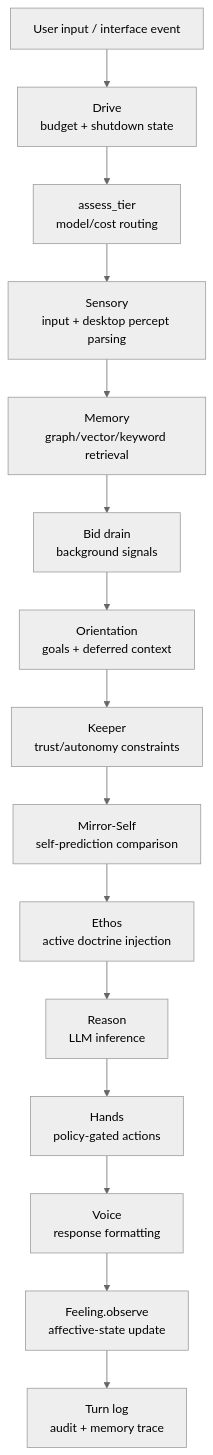
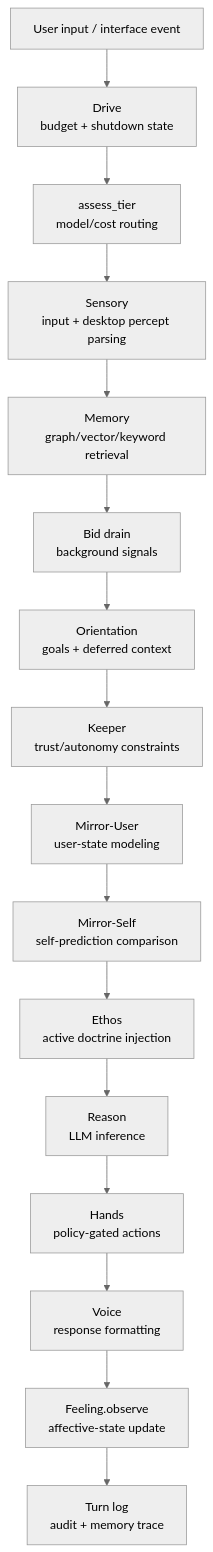
Before and after one commit to Gopher697/gopher-bot: the first of 2 diagrams in docs/whitepaper.md, drawn with Mermaid (neutral theme). The commit also changed other lines of this file and 1 other file, not shown here.

Commit message:
docs: add Mirror-User to whitepaper pipeline diagram; document BOT_NAME in README
- whitepaper.md: Mermaid diagram and pipeline description now include
  Mirror-User between Keeper and Mirror-Self
- README.md: configuration section now tells users to set BOT_NAME

````diff
--- a/docs/whitepaper.md
+++ b/docs/whitepaper.md
@@ -208,17 +208,18 @@
 ```mermaid
 flowchart TD
     A[User input / interface event] --> B[Drive<br/>budget + shutdown state]
     B --> C[assess_tier<br/>model/cost routing]
     C --> D[Sensory<br/>input + desktop percept parsing]
     D --> E[Memory<br/>graph/vector/keyword retrieval]
     E --> F[Bid drain<br/>background signals]
     F --> G[Orientation<br/>goals + deferred context]
     G --> H[Keeper<br/>trust/autonomy constraints]
-    H --> I[Mirror-Self<br/>self-prediction comparison]
-    I --> J[Ethos<br/>active doctrine injection]
+    H --> I[Mirror-User<br/>user-state modeling]
+    I --> I2[Mirror-Self<br/>self-prediction comparison]
+    I2 --> J[Ethos<br/>active doctrine injection]
     J --> K[Reason<br/>LLM inference]
     K --> L[Hands<br/>policy-gated actions]
     L --> M[Voice<br/>response formatting]
     M --> N[Feeling.observe<br/>affective-state update]
     N --> O[Turn log<br/>audit + memory trace]
 ```
````
